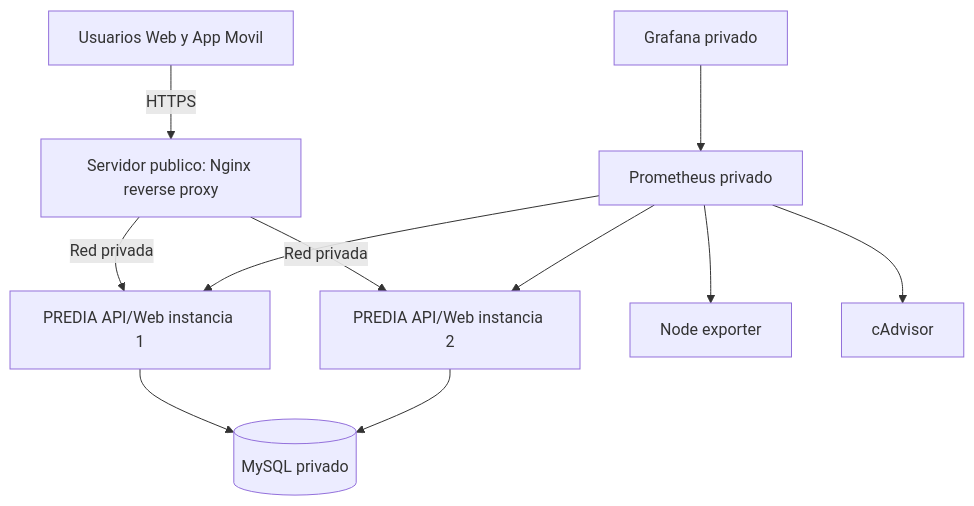
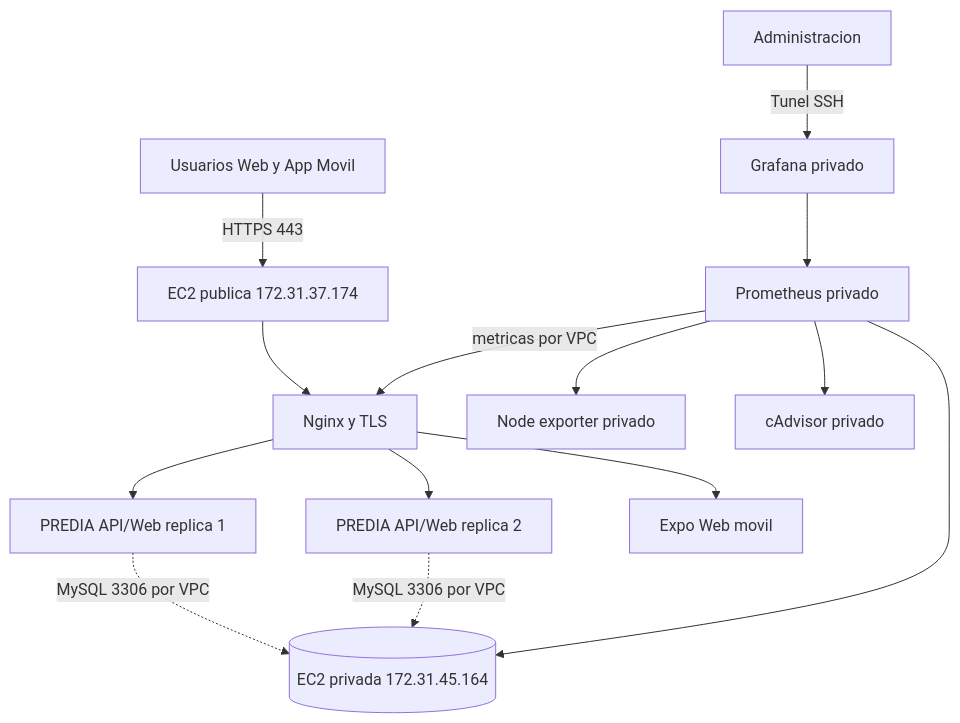
The diagram in docs/ARQUITECTURA_INFRAESTRUCTURA.md (wowito68/predia), drawn with Mermaid before and after one commit. The commit also changed other lines of this file and 47 other files, not shown here.

````diff
--- a/docs/ARQUITECTURA_INFRAESTRUCTURA.md
+++ b/docs/ARQUITECTURA_INFRAESTRUCTURA.md
@@ -5,13 +5,16 @@
 ```mermaid
 flowchart TD
-  U[Usuarios Web y App Movil] -->|HTTPS| RP[Servidor publico: Nginx reverse proxy]
-  RP -->|Red privada| API1[PREDIA API/Web instancia 1]
-  RP -->|Red privada| API2[PREDIA API/Web instancia 2]
-  API1 --> DB[(MySQL privado)]
-  API2 --> DB
-  PROM[Prometheus privado] --> API1
-  PROM --> API2
-  PROM --> NODE[Node exporter]
-  PROM --> CAD[cAdvisor]
+  U[Usuarios Web y App Movil] -->|HTTPS 443| PUB[EC2 publica 172.31.37.174]
+  PUB --> RP[Nginx y TLS]
+  RP --> API1[PREDIA API/Web replica 1]
+  RP --> API2[PREDIA API/Web replica 2]
+  RP --> MOBILE[Expo Web movil]
+  API1 -.->|MySQL 3306 por VPC| DB[(EC2 privada 172.31.45.164)]
+  API2 -.->|MySQL 3306 por VPC| DB
+  PROM[Prometheus privado] -->|metricas por VPC| RP
+  PROM --> NODE[Node exporter privado]
+  PROM --> CAD[cAdvisor privado]
+  PROM --> DB
   GRAF[Grafana privado] --> PROM
+  ADMIN[Administracion] -->|Tunel SSH| GRAF
 ```
````
